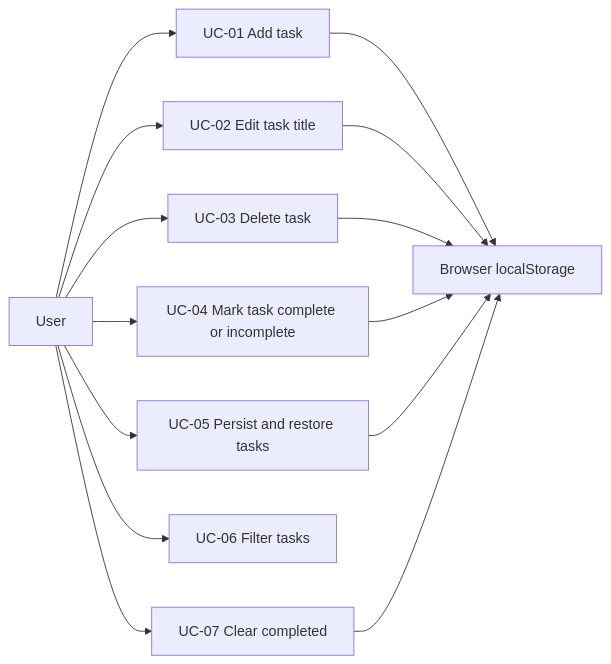
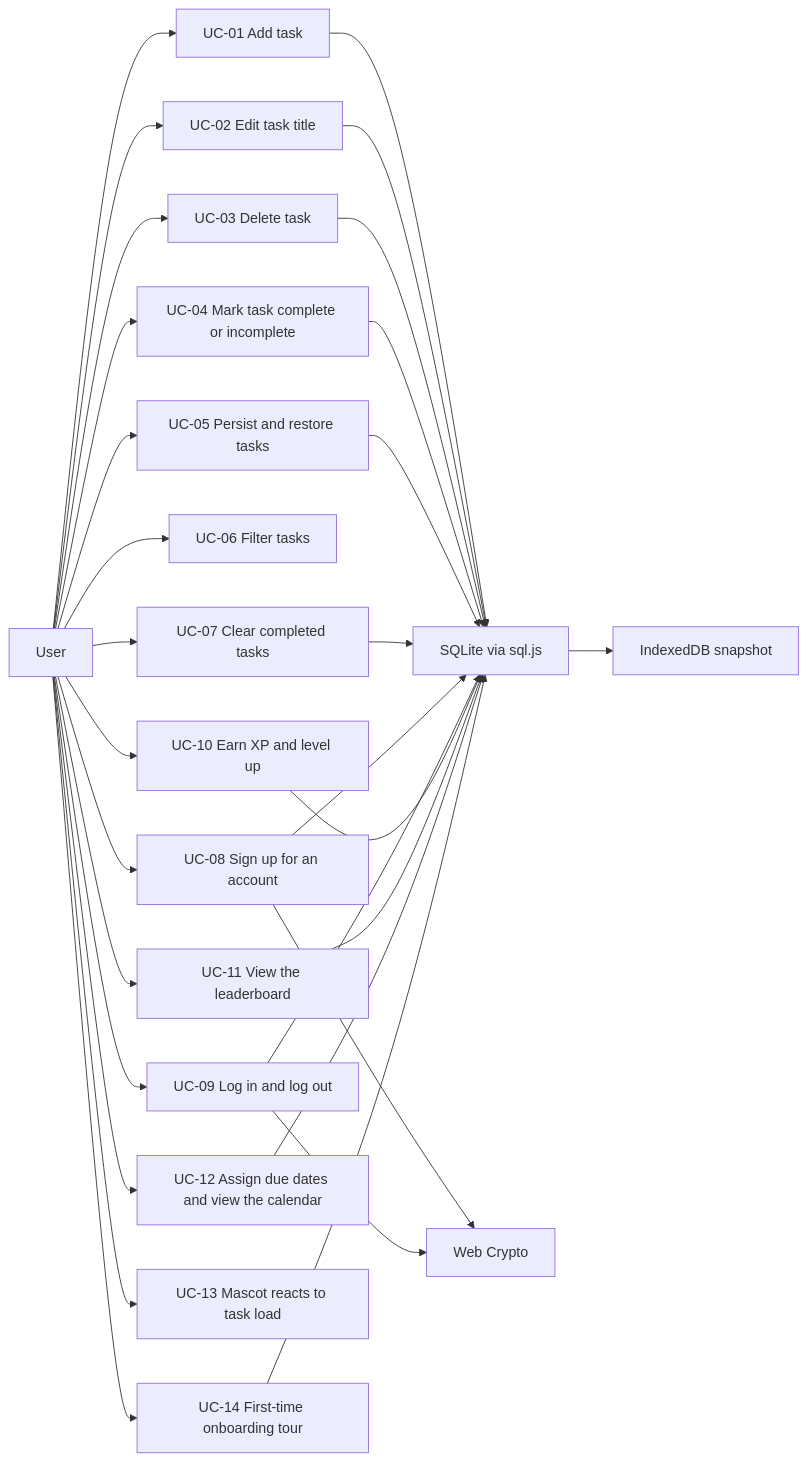
The diagram in specs/02-use-cases.md (Kopi-O-Kosong-Beng/ShopBack_AI-Assisted-App), drawn with Mermaid before and after one commit. The commit also changed other lines of this file and 6 other files, not shown here.

````diff
--- a/specs/02-use-cases.md
+++ b/specs/02-use-cases.md
@@ -24,18 +38,36 @@
 ```mermaid
 flowchart LR
   U[User]
-  LS[Browser localStorage]
+  DB[SQLite via sql.js]
+  IDB[IndexedDB snapshot]
+  WC[Web Crypto]
   U --> UC01[UC-01 Add task]
   U --> UC02[UC-02 Edit task title]
   U --> UC03[UC-03 Delete task]
   U --> UC04[UC-04 Mark task complete or incomplete]
   U --> UC05[UC-05 Persist and restore tasks]
   U --> UC06[UC-06 Filter tasks]
-  U --> UC07[UC-07 Clear completed]
-  UC01 --> LS
-  UC02 --> LS
-  UC03 --> LS
-  UC04 --> LS
-  UC05 --> LS
-  UC07 --> LS
+  U --> UC07[UC-07 Clear completed tasks]
+  U --> UC08[UC-08 Sign up for an account]
+  U --> UC09[UC-09 Log in and log out]
+  U --> UC10[UC-10 Earn XP and level up]
+  U --> UC11[UC-11 View the leaderboard]
+  U --> UC12[UC-12 Assign due dates and view the calendar]
+  U --> UC13[UC-13 Mascot reacts to task load]
+  U --> UC14[UC-14 First-time onboarding tour]
+  UC01 --> DB
+  UC02 --> DB
+  UC03 --> DB
+  UC04 --> DB
+  UC05 --> DB
+  UC07 --> DB
+  UC08 --> DB
+  UC08 --> WC
+  UC09 --> DB
+  UC09 --> WC
+  UC10 --> DB
+  UC11 --> DB
+  UC12 --> DB
+  UC14 --> DB
+  DB --> IDB
 ```
````
